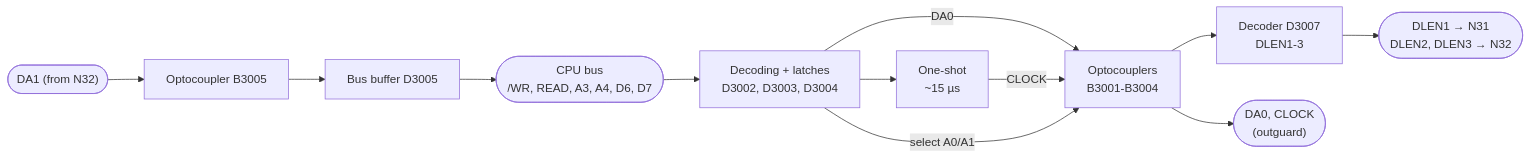
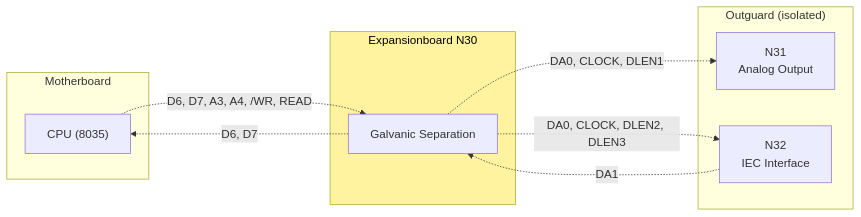
One commit to deqit/PhilipsPM2528 changed the diagram in Deepdive/N30/README.md. Above: the diagram before and after it, drawn with Mermaid. The commit also changed other lines of this file and 91 other files, not shown here.

````diff
--- a/Deepdive/N30/README.md
+++ b/Deepdive/N30/README.md
@@ -13,12 +16,19 @@
 ```mermaid
 flowchart LR
-    CPU(["CPU bus<br/>/WR, READ, A3, A4, D6, D7"]) --> DEC["Decoding + latches<br/>D3002, D3003, D3004"]
-    DEC --> ONE["One-shot<br/>~15 µs"]
-    DEC -- "DA0" --> OPTO["Optocouplers<br/>B3001-B3004"]
-    ONE -- "CLOCK" --> OPTO
-    DEC -- "select A0/A1" --> OPTO
-    OPTO --> DLEN["Decoder D3007<br/>DLEN1-3"]
-    OPTO --> OUT(["DA0, CLOCK<br/>(outguard)"])
-    DLEN --> OUT2(["DLEN1 → N31<br/>DLEN2, DLEN3 → N32"])
-    DA1(["DA1 (from N32)"]) --> B3005["Optocoupler B3005"] --> BUF["Bus buffer D3005"] --> CPU
+    subgraph N1["Motherboard"]
+        CPU["CPU (8035)"]
+    end
+    subgraph N30["Expansionboard N30"]
+        GS["Galvanic Separation"]
+    end
+    subgraph OG["Outguard (isolated)"]
+        N31["N31<br/>Analog Output"]
+        N32["N32<br/>IEC Interface"]
+    end
+    CPU -. "D6, D7, A3, A4, /WR, READ" .-> GS
+    GS -. "D6, D7" .-> CPU
+    GS -. "DA0, CLOCK, DLEN1" .-> N31
+    GS -. "DA0, CLOCK, DLEN2, DLEN3" .-> N32
+    N32 -. "DA1" .-> GS
+    style N30 fill:#fff3a0,color:#000
 ```
````
